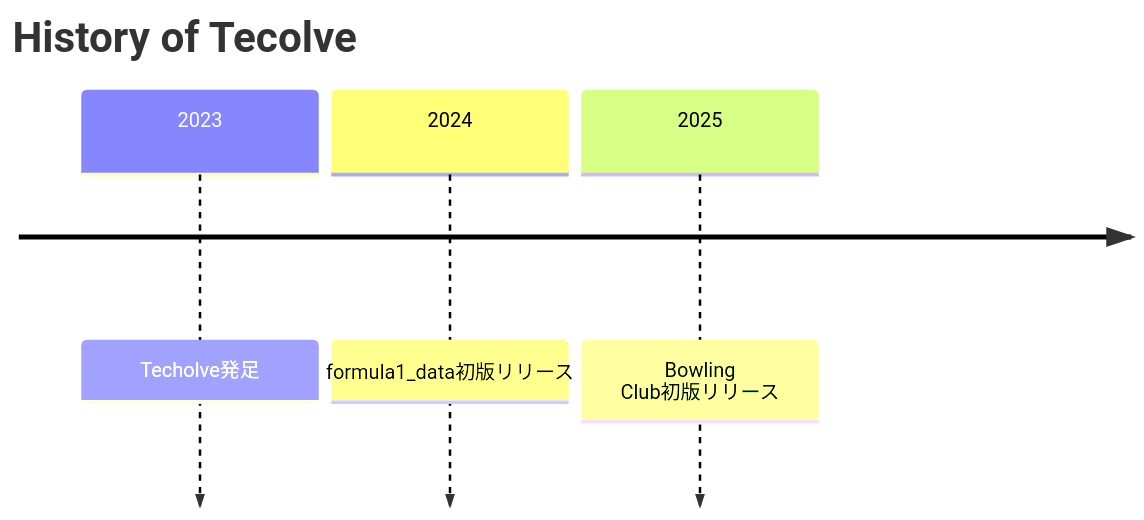
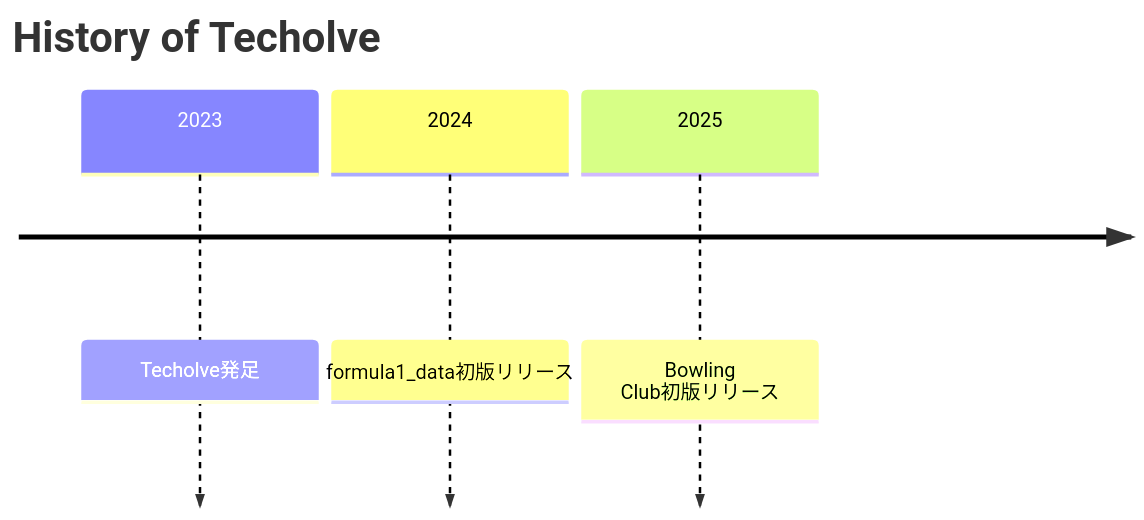
One commit to techolve/.github changed the diagram in profile/README.md. Above: the diagram before and after it, drawn with Mermaid.

````diff
--- a/profile/README.md
+++ b/profile/README.md
@@ -5,7 +5,7 @@
 ```mermaid
 timeline
-    title History of Tecolve
+    title History of Techolve
     2023 : Techolve発足
     2024 : formula1_data初版リリース
     2025 : Bowling Club初版リリース
 ```
````
